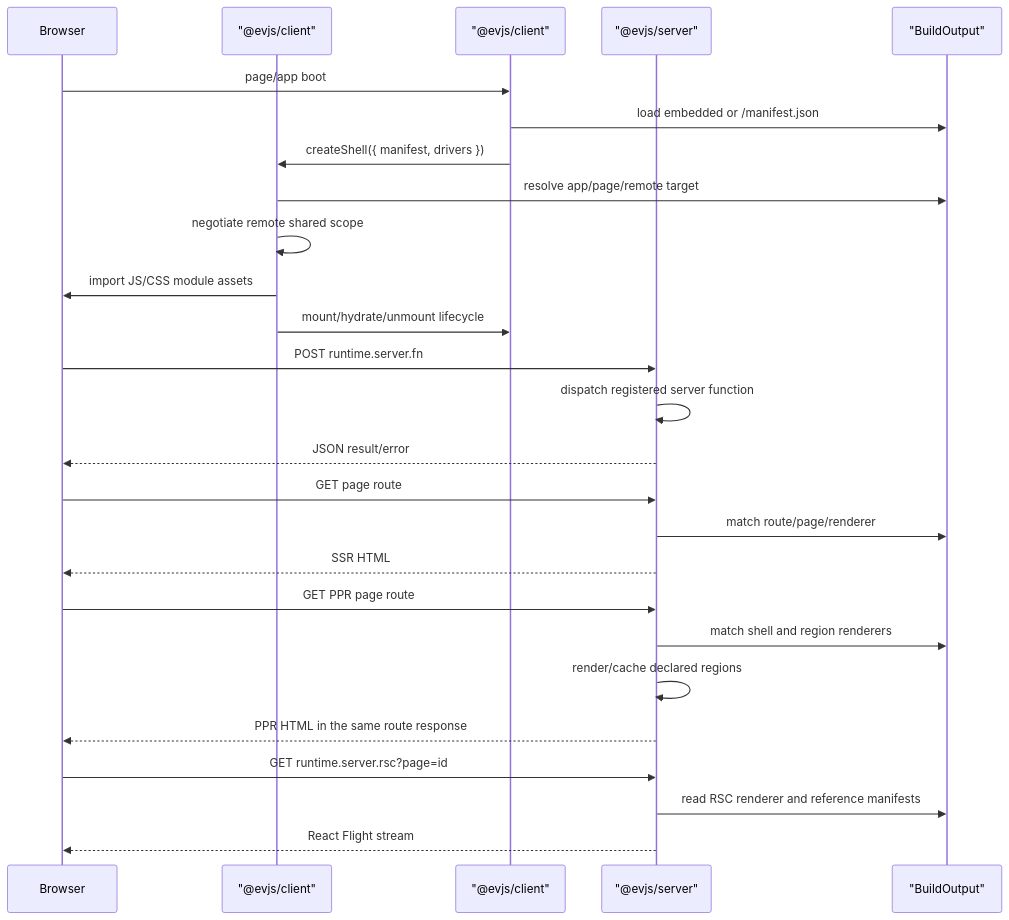
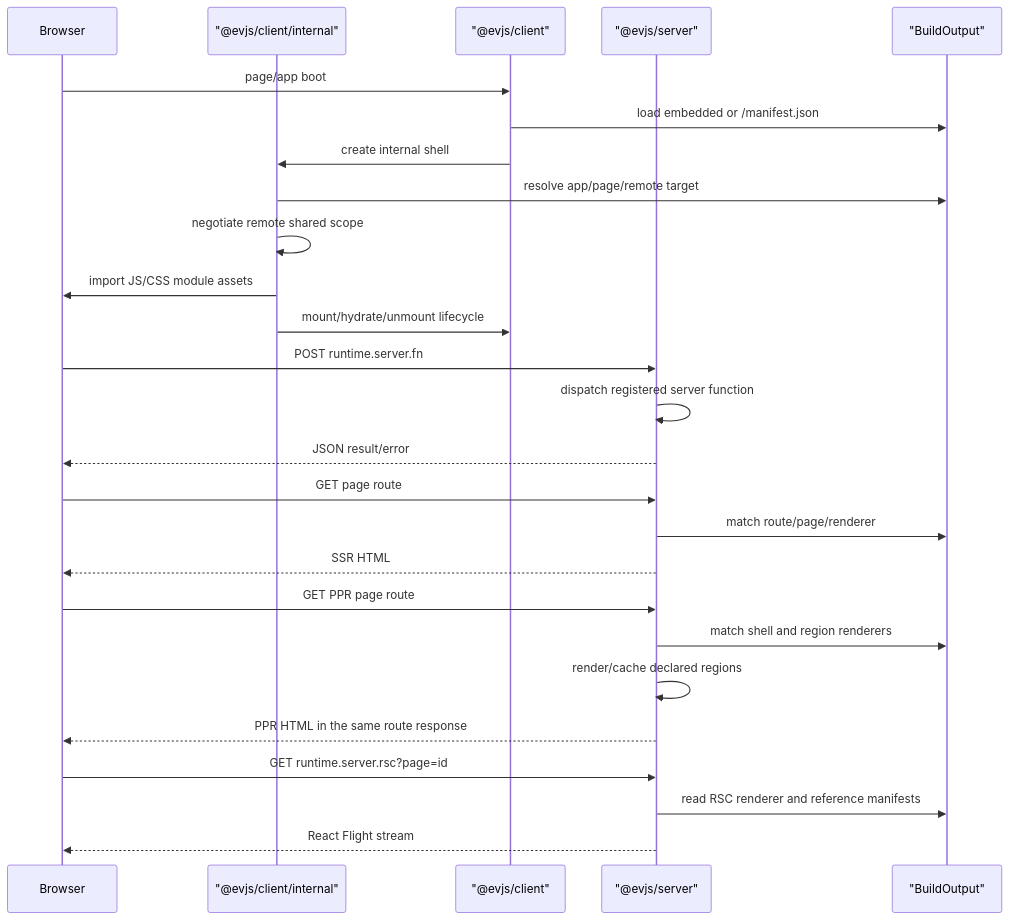
One commit to afx-team/evjs changed the second of 3 diagrams in docs/docs/architecture.md. Above: the diagram before and after it, drawn with Mermaid. The commit also changed other lines of this file and 10 other files, not shown here.

Commit message:
hide shell runtime internals

````diff
--- a/docs/docs/architecture.md
+++ b/docs/docs/architecture.md
@@ -95,33 +95,33 @@
 ```mermaid
 sequenceDiagram
   participant Browser
-  participant Shell as "@evjs/client"
+  participant Shell as "@evjs/client/internal"
   participant Runtime as "@evjs/client"
   participant Server as "@evjs/server"
   participant Manifest as "BuildOutput"
 
   Browser->>Runtime: page/app boot
   Runtime->>Manifest: load embedded or /manifest.json
-  Runtime->>Shell: createShell({ manifest, drivers })
+  Runtime->>Shell: create internal shell
   Shell->>Manifest: resolve app/page/remote target
   Shell->>Shell: negotiate remote shared scope
   Shell->>Browser: import JS/CSS module assets
   Shell->>Runtime: mount/hydrate/unmount lifecycle
 
   Browser->>Server: POST runtime.server.fn
   Server->>Server: dispatch registered server function
   Server-->>Browser: JSON result/error
 
   Browser->>Server: GET page route
   Server->>Manifest: match route/page/renderer
   Server-->>Browser: SSR HTML
 
   Browser->>Server: GET PPR page route
   Server->>Manifest: match shell and region renderers
   Server->>Server: render/cache declared regions
   Server-->>Browser: PPR HTML in the same route response
 
   Browser->>Server: GET runtime.server.rsc?page=id
   Server->>Manifest: read RSC renderer and reference manifests
   Server-->>Browser: React Flight stream
 ```
````
